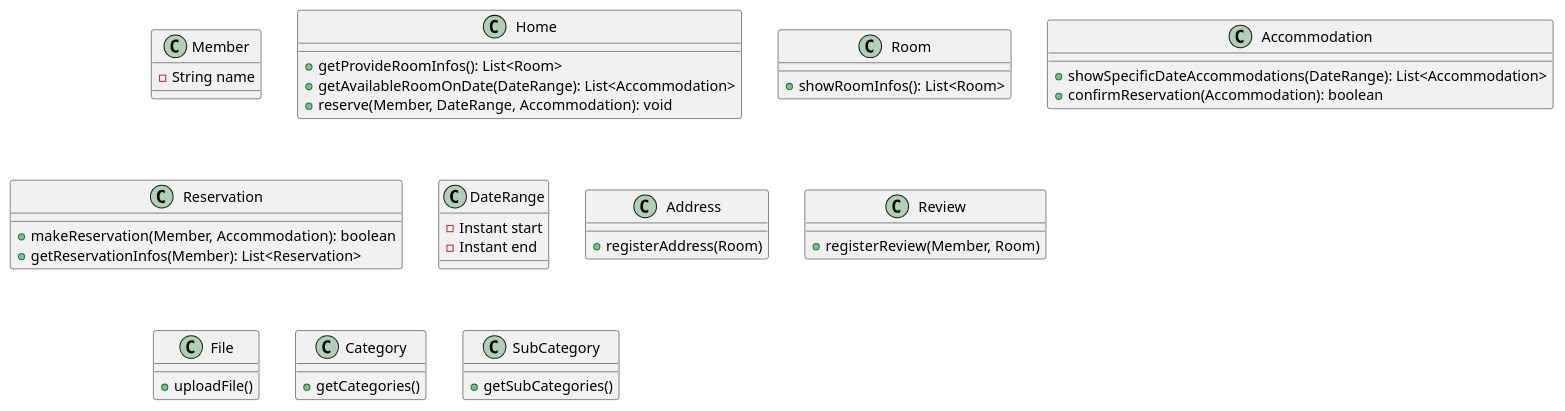
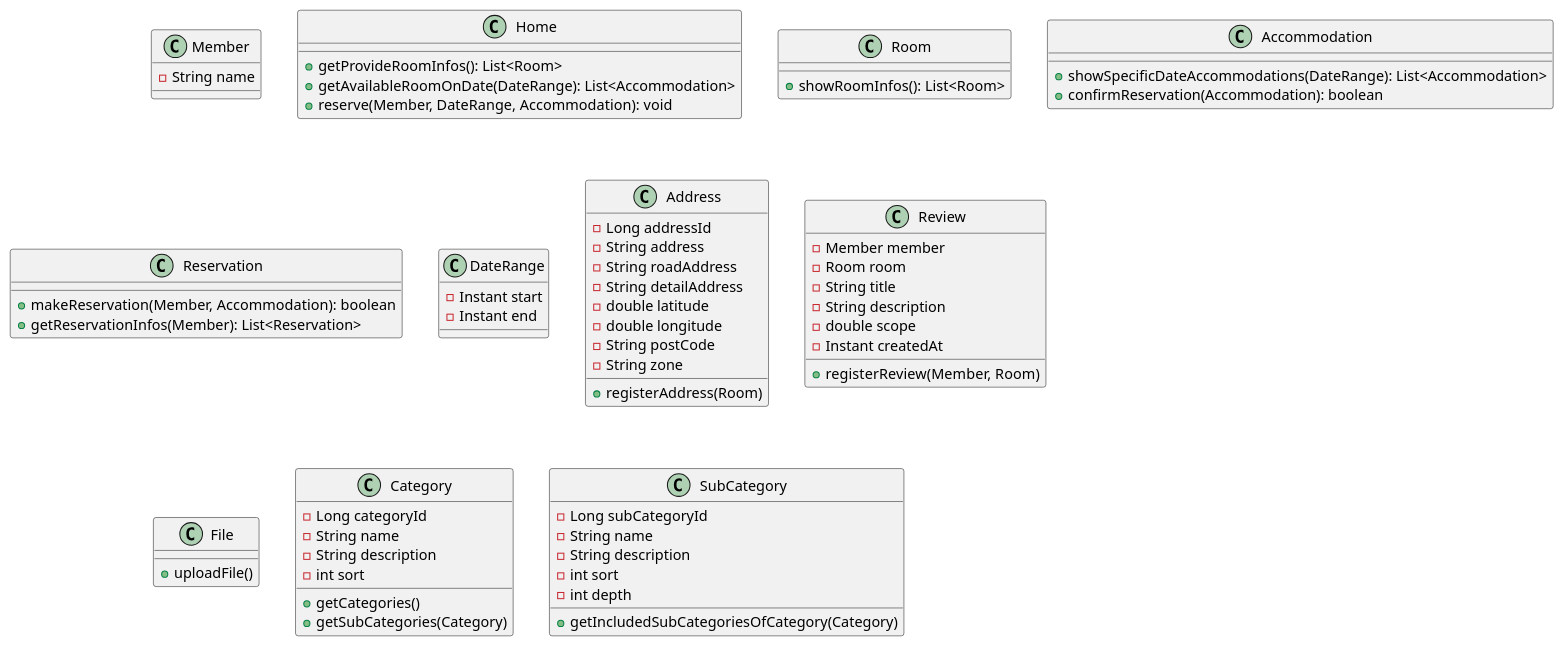
The diagram in class-diagram.puml (f-lab-edu/room-reservation-service), drawn with PlantUML before and after one commit.

Commit message:
feat: 클래스 상태 추가

```diff
--- a/class-diagram.puml
+++ b/class-diagram.puml
@@ -1,51 +1,75 @@
 @startuml
 class Member {
   -String name
 }
 
 class Home {
   +getProvideRoomInfos(): List<Room>
   +getAvailableRoomOnDate(DateRange): List<Accommodation>
   +reserve(Member, DateRange, Accommodation): void
 }
 
 class Room {
   +showRoomInfos(): List<Room>
 }
 
 class Accommodation {
   +showSpecificDateAccommodations(DateRange): List<Accommodation>
   +confirmReservation(Accommodation): boolean
 }
 
 class Reservation {
   +makeReservation(Member, Accommodation): boolean
   +getReservationInfos(Member): List<Reservation>
 }
 
 class DateRange {
   -Instant start
   -Instant end
 }
 
 class Address {
+  -Long addressId
+  -String address
+  -String roadAddress
+  -String detailAddress
+  -double latitude
+  -double longitude
+  -String postCode
+  -String zone
   +registerAddress(Room)
 }
 
 class Review {
+  -Member member
+  -Room room
+  -String title
+  -String description
+  -double scope
+  -Instant createdAt
   +registerReview(Member, Room)
 }
 
 class File {
   +uploadFile()
 }
 
 class Category {
+  -Long categoryId
+  -String name
+  -String description
+  -int sort
   +getCategories()
+  +getSubCategories(Category)
 }
 
 class SubCategory {
-  +getSubCategories()
+  -Long subCategoryId
+  -String name
+  -String description
+  -int sort
+  -int depth
+  +getIncludedSubCategoriesOfCategory(Category)
 }
 
 @enduml
```
